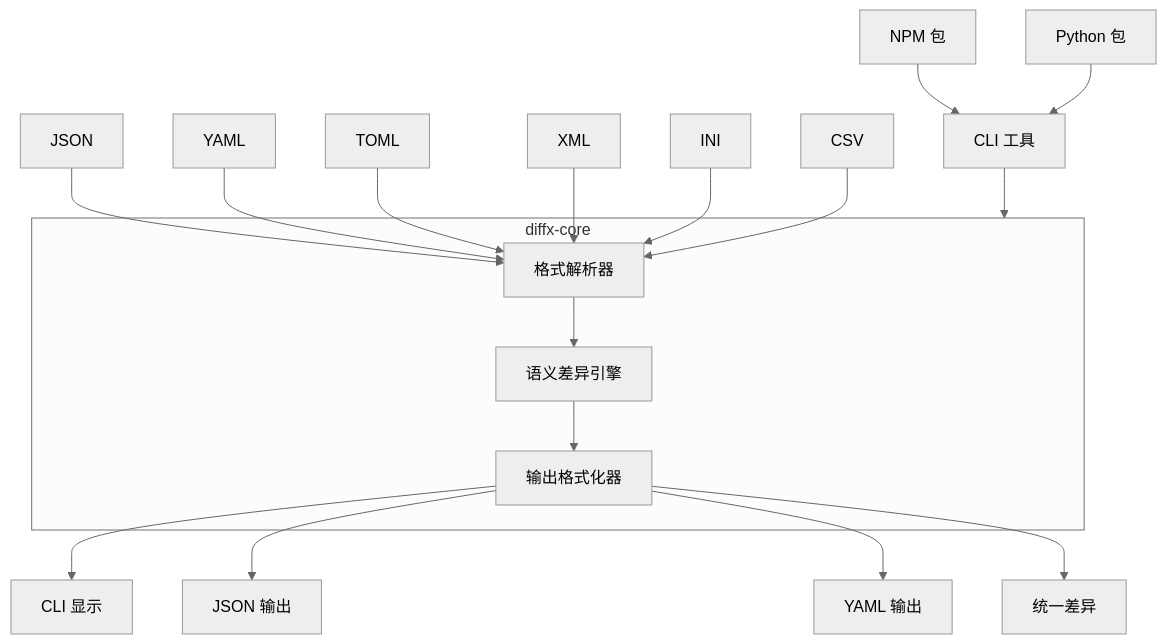
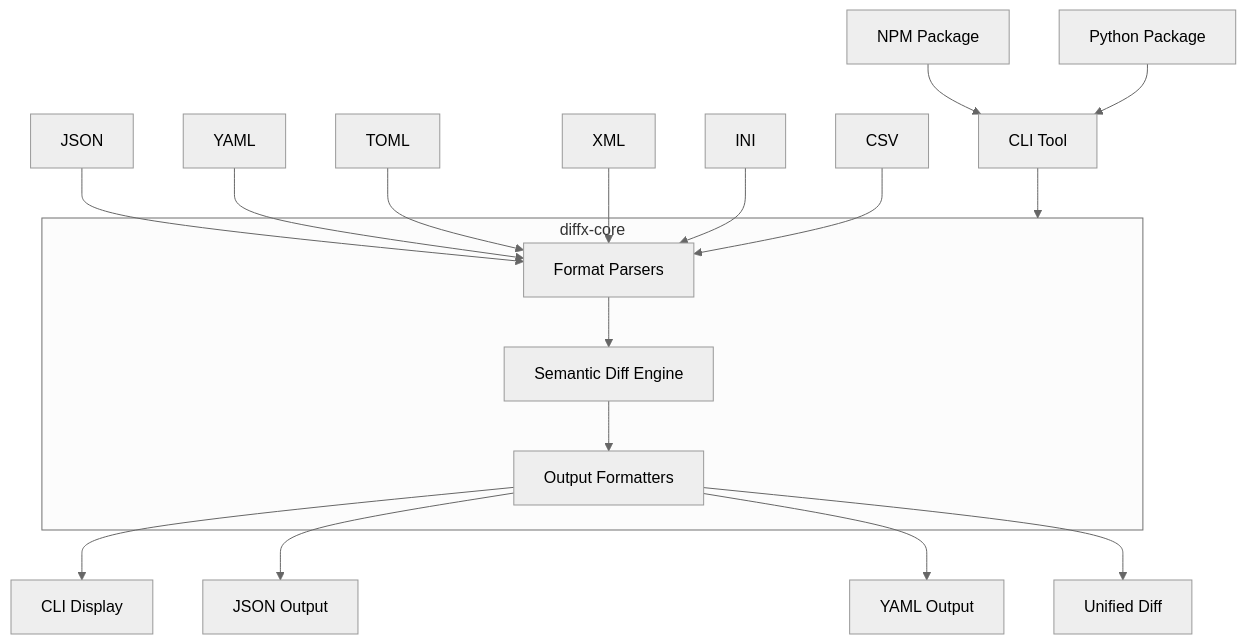
The first of 2 diagrams in README_zh.md (kako-jun/diffx), drawn with Mermaid (neutral theme) before and after one commit. The commit also changed other lines of this file and 21 other files, not shown here.

````diff
--- a/README_zh.md
+++ b/README_zh.md
@@ -115,25 +115,25 @@
 ```mermaid
 graph TB
     subgraph Core["diffx-core"]
-        B[格式解析器]
-        C[语义差异引擎]
-        D[输出格式化器]
+        B[Format Parsers]
+        C[Semantic Diff Engine]
+        D[Output Formatters]
         B --> C --> D
     end
 
-    E[CLI 工具] --> Core
-    F[NPM 包] --> E
-    G[Python 包] --> E
+    E[CLI Tool] --> Core
+    F[NPM Package] --> E
+    G[Python Package] --> E
 
     H[JSON] --> B
     I[YAML] --> B
     J[TOML] --> B
     K[XML] --> B
     L[INI] --> B
     M[CSV] --> B
 
-    D --> N[CLI 显示]
-    D --> O[JSON 输出]
-    D --> P[YAML 输出]
-    D --> Q[统一差异]
+    D --> N[CLI Display]
+    D --> O[JSON Output]
+    D --> P[YAML Output]
+    D --> Q[Unified Diff]
 ```
````
